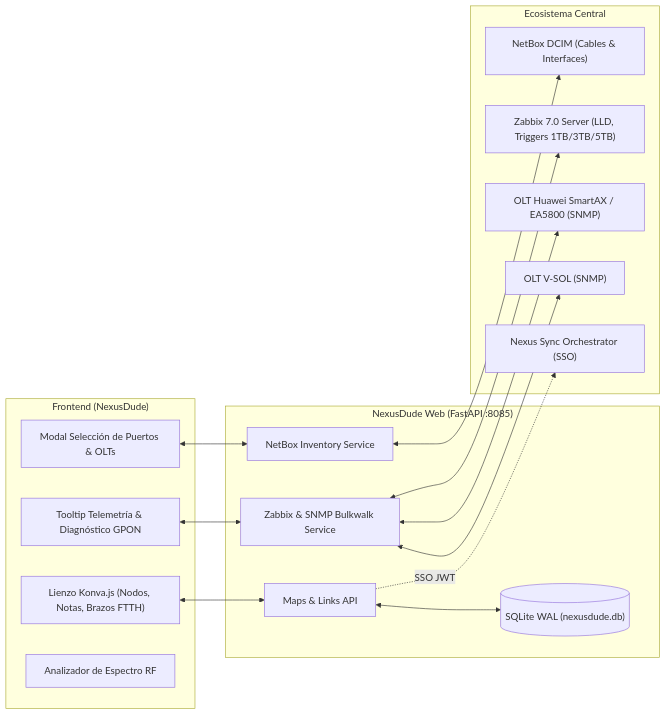
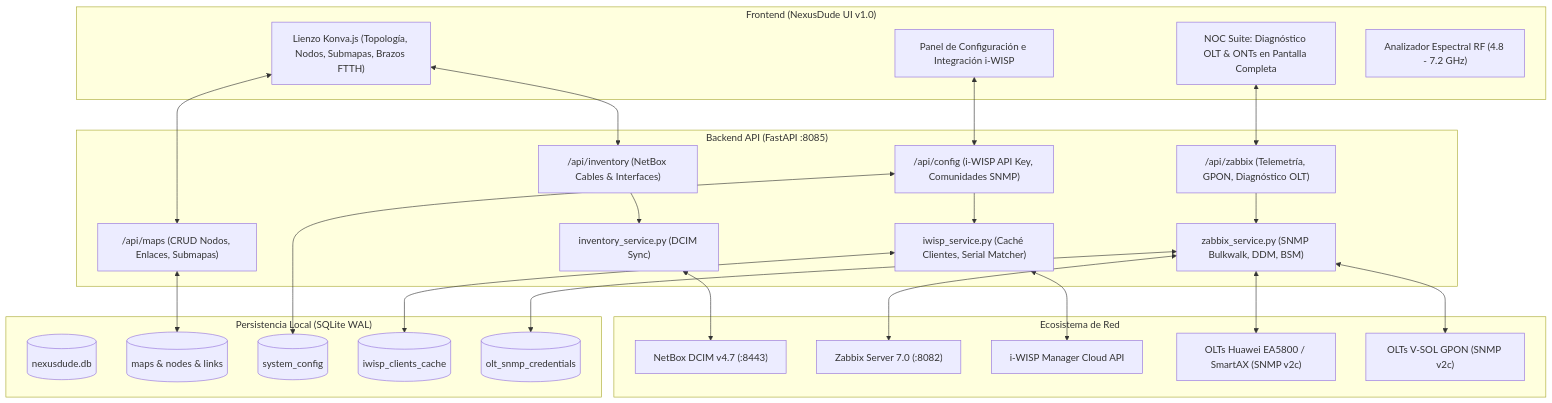
The diagram in README.md (donaldomucivaga-debug/NEXUSDUDE.2.0), drawn with Mermaid before and after one commit. The commit also changed other lines of this file and 12 other files, not shown here.

Commit message:
feat(release): Release v1.0.0 (NEXUSDUDE.1.0) - Deep OLT Diagnostics, i-WISP Integration & Multi-Community SNMP

````diff
--- a/README.md
+++ b/README.md
@@ -61,34 +71,55 @@
 ```mermaid
-graph LR
-    subgraph UI ["Frontend (NexusDude)"]
-        Canvas["Lienzo Konva.js (Nodos, Notas, Brazos FTTH)"]
-        Tooltip["Tooltip Telemetría & Diagnóstico GPON"]
-        PortModal["Modal Selección de Puertos & OLTs"]
-        SpectrumBar["Analizador de Espectro RF"]
+graph TD
+    subgraph UI ["Frontend (NexusDude UI v1.0)"]
+        Canvas["Lienzo Konva.js (Topología, Nodos, Submapas, Brazos FTTH)"]
+        DiagModal["NOC Suite: Diagnóstico OLT & ONTs en Pantalla Completa"]
+        SettingsModal["Panel de Configuración e Integración i-WISP"]
+        SpectrumTool["Analizador Espectral RF (4.8 - 7.2 GHz)"]
     end
 
-    subgraph Backend ["NexusDude Web (FastAPI :8085)"]
-        MapsAPI["Maps & Links API"]
-        ZabbixService["Zabbix & SNMP Bulkwalk Service"]
-        InventoryService["NetBox Inventory Service"]
-        SQLite[("SQLite WAL (nexusdude.db)")]
+    subgraph Backend ["Backend API (FastAPI :8085)"]
+        MapsAPI["/api/maps (CRUD Nodos, Enlaces, Submapas)"]
+        ZabbixAPI["/api/zabbix (Telemetría, GPON, Diagnóstico OLT)"]
+        ConfigAPI["/api/config (i-WISP API Key, Comunidades SNMP)"]
+        InventoryAPI["/api/inventory (NetBox Cables & Interfaces)"]
+        
+        ZabbixSvc["zabbix_service.py (SNMP Bulkwalk, DDM, BSM)"]
+        IWispSvc["iwisp_service.py (Caché Clientes, Serial Matcher)"]
+        NetBoxSvc["inventory_service.py (DCIM Sync)"]
     end
 
-    subgraph Ecosystem ["Ecosistema Central"]
-        NetBox["NetBox DCIM (Cables & Interfaces)"]
-        Zabbix["Zabbix 7.0 Server (LLD, Triggers 1TB/3TB/5TB)"]
-        HuaweiOLT["OLT Huawei SmartAX / EA5800 (SNMP)"]
-        VsolOLT["OLT V-SOL (SNMP)"]
-        Orchestrator["Nexus Sync Orchestrator (SSO)"]
+    subgraph Database ["Persistencia Local (SQLite WAL)"]
+        DB[("nexusdude.db")]
+        T_Maps[("maps & nodes & links")]
+        T_Config[("system_config")]
+        T_Cache[("iwisp_clients_cache")]
+        T_SNMP[("olt_snmp_credentials")]
+    end
+
+    subgraph Ecosystem ["Ecosistema de Red"]
+        NetBox["NetBox DCIM v4.7 (:8443)"]
+        Zabbix["Zabbix Server 7.0 (:8082)"]
+        IWispCloud["i-WISP Manager Cloud API"]
+        HuaweiOLTs["OLTs Huawei EA5800 / SmartAX (SNMP v2c)"]
+        VsolOLTs["OLTs V-SOL GPON (SNMP v2c)"]
     end
 
     Canvas <--> MapsAPI
-    Tooltip <--> ZabbixService
-    PortModal <--> InventoryService
+    DiagModal <--> ZabbixAPI
+    SettingsModal <--> ConfigAPI
+    Canvas <--> InventoryAPI
 
-    MapsAPI <--> SQLite
-    InventoryService <--> NetBox
-    ZabbixService <--> Zabbix
-    ZabbixService <--> HuaweiOLT & VsolOLT
-    MapsAPI -. SSO JWT .-> Orchestrator
+    MapsAPI <--> T_Maps
+    ConfigAPI <--> T_Config
+    IWispSvc <--> T_Cache
+    ZabbixSvc <--> T_SNMP
+
+    ZabbixAPI --> ZabbixSvc
+    ConfigAPI --> IWispSvc
+    InventoryAPI --> NetBoxSvc
+
+    NetBoxSvc <--> NetBox
+    ZabbixSvc <--> Zabbix
+    ZabbixSvc <--> HuaweiOLTs & VsolOLTs
+    IWispSvc <--> IWispCloud
 ```
````
